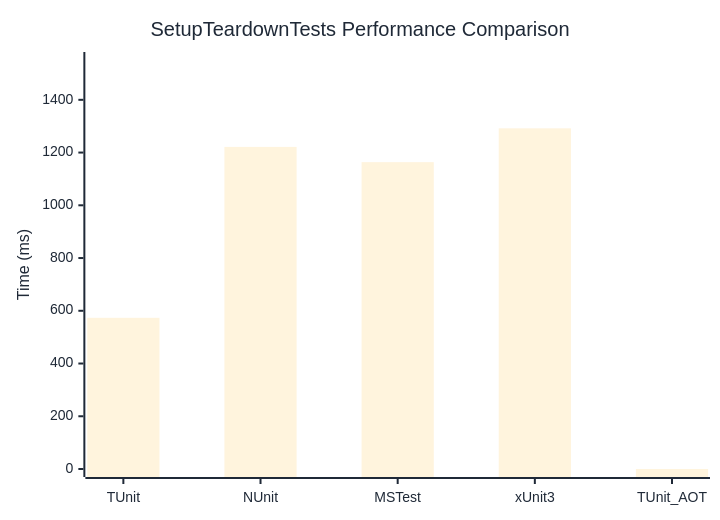
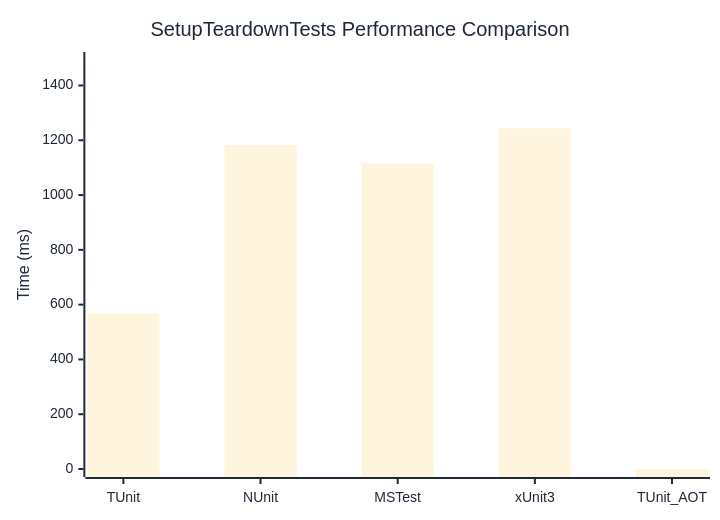
One commit to thomhurst/TUnit changed the diagram in docs/docs/benchmarks/SetupTeardownTests.md. Above: the diagram before and after it, drawn with Mermaid. The commit also changed other lines of this file and 17 other files, not shown here.

````diff
--- a/docs/docs/benchmarks/SetupTeardownTests.md
+++ b/docs/docs/benchmarks/SetupTeardownTests.md
@@ -27,37 +27,37 @@
 ```mermaid
 %%{init: {
   'theme':'base',
   'themeVariables': {
     'primaryColor': '#2563eb',
     'primaryTextColor': '#1f2937',
     'primaryBorderColor': '#1e40af',
     'lineColor': '#6b7280',
     'secondaryColor': '#7c3aed',
     'tertiaryColor': '#dc2626',
     'background': '#ffffff',
     'mainBkg': '#2563eb',
     'secondBkg': '#7c3aed',
     'tertiaryBkg': '#dc2626',
     'clusterBkg': '#f3f4f6',
     'edgeLabelBackground': '#ffffff',
     'tertiaryTextColor': '#1f2937',
     'pie1': '#2563eb',
     'pie2': '#7c3aed',
     'pie3': '#dc2626',
     'pie4': '#f59e0b',
     'pie5': '#10b981',
     'pie6': '#06b6d4',
     'pie7': '#ec4899',
     'pie8': '#6366f1',
     'pie9': '#84cc16',
     'pie10': '#f97316',
     'pie11': '#14b8a6',
     'pie12': '#a855f7'
   }
 }}%%
 xychart-beta
   title "SetupTeardownTests Performance Comparison"
   x-axis ["TUnit", "NUnit", "MSTest", "xUnit3", "TUnit_AOT"]
-  y-axis "Time (ms)" 0 --> 1551
-  bar [573.3, 1221.5, 1163.6, 1291.9, 0]
+  y-axis "Time (ms)" 0 --> 1493
+  bar [568, 1182.1, 1115.8, 1243.8, 0]
 ```
````
